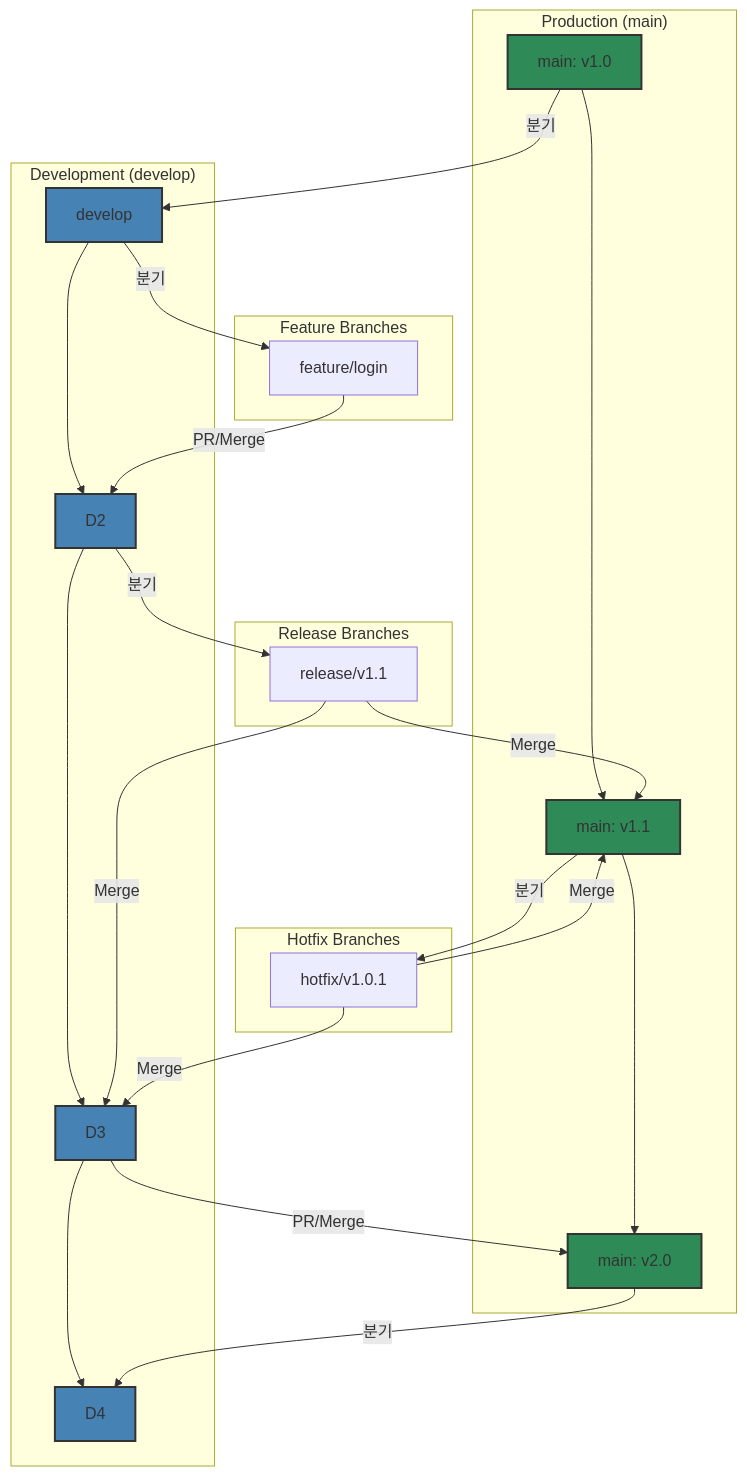
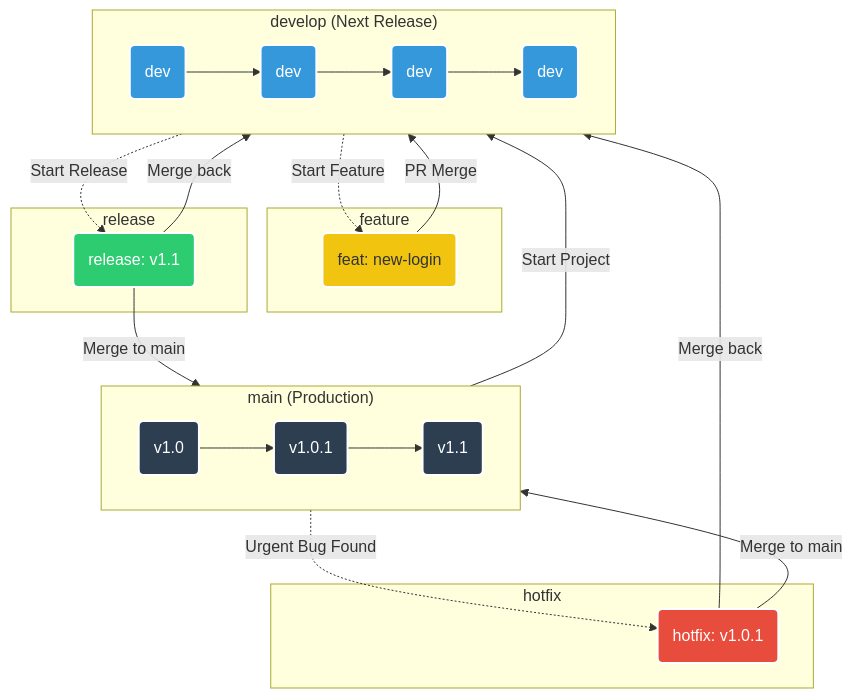
The second of 2 diagrams in _posts/2025-11-16-git-github-guide.md (kk0m4k/kk0m4k.github.io), drawn with Mermaid before and after one commit. The commit also changed other lines of this file and 1 other file, not shown here.

Commit message:
docs: Git 가이드 다이어그램 개선 및 설명 보강

````diff
--- a/_posts/2025-11-16-git-github-guide.md
+++ b/_posts/2025-11-16-git-github-guide.md
@@ -346,47 +363,48 @@
 ```mermaid
-graph TD
-    subgraph "Production (main)"
-        M1[main: v1.0] --> M2[main: v1.1] --> M3[main: v2.0]
+graph TB
+    %% Define classes for styling each branch type
+    classDef main fill:#2c3e50,color:#fff,stroke-width:2px,stroke:#fff
+    classDef develop fill:#3498db,color:#fff,stroke-width:2px,stroke:#fff
+    classDef feature fill:#f1c40f,color:#333,stroke-width:2px,stroke:#fff
+    classDef release fill:#2ecc71,color:#fff,stroke-width:2px,stroke:#fff
+    classDef hotfix fill:#e74c3c,color:#fff,stroke-width:2px,stroke:#fff
+
+    %% Main and Develop branches as the main arteries
+    subgraph "main (Production)"
+        direction LR
+        M1("v1.0"):::main --> M2("v1.0.1"):::main --> M3("v1.1"):::main
     end
 
-    subgraph "Development (develop)"
-        D1[develop] --> D2 --> D3 --> D4
+    subgraph "develop (Next Release)"
+        direction LR
+        D1(dev) --> D2(dev) --> D3(dev) --> D4(dev)
+        class D1,D2,D3,D4 develop
+    end
+    
+    %% Feature, Release, Hotfix branches
+    subgraph "feature"
+        F1("feat: new-login"):::feature
     end
 
-    subgraph "Feature Branches"
-        F1[feature/login]
+    subgraph "release"
+        R1("release: v1.1"):::release
     end
 
-    subgraph "Release Branches"
-        R1[release/v1.1]
+    subgraph "hotfix"
+        H1("hotfix: v1.0.1"):::hotfix
     end
 
-    subgraph "Hotfix Branches"
-        H1[hotfix/v1.0.1]
-    end
+    %% Define the flows between branches
+    M1 -- "Start Project" --> D1
+    
+    D1 -. "Start Feature" .-> F1
+    F1 -- "PR Merge" --> D2
 
-    %% Flows
-    M1 -- 분기 --> D1
-    D1 -- 분기 --> F1
-    F1 -- PR/Merge --> D2
+    D2 -. "Start Release" .-> R1
+    R1 -- "Merge to main" --> M3
+    R1 -- "Merge back" --> D4
 
-    D2 -- 분기 --> R1
-    R1 -- Merge --> M2
-    R1 -- Merge --> D3
-
-    M2 -- 분기 --> H1
-    H1 -- Merge --> M2
-    H1 -- Merge --> D3
-
-    D3 -- PR/Merge --> M3
-    M3 -- 분기 --> D4
-
-    %% Styling
-    style M1 fill:#2E8B57,stroke:#333,stroke-width:2px
-    style M2 fill:#2E8B57,stroke:#333,stroke-width:2px
-    style M3 fill:#2E8B57,stroke:#333,stroke-width:2px
-    style D1 fill:#4682B4,stroke:#333,stroke-width:2px
-    style D2 fill:#4682B4,stroke:#333,stroke-width:2px
-    style D3 fill:#4682B4,stroke:#333,stroke-width:2px
-    style D4 fill:#4682B4,stroke:#333,stroke-width:2px
+    M1 -. "Urgent Bug Found" .-> H1
+    H1 -- "Merge to main" --> M2
+    H1 -- "Merge back" --> D3
 ```
````
